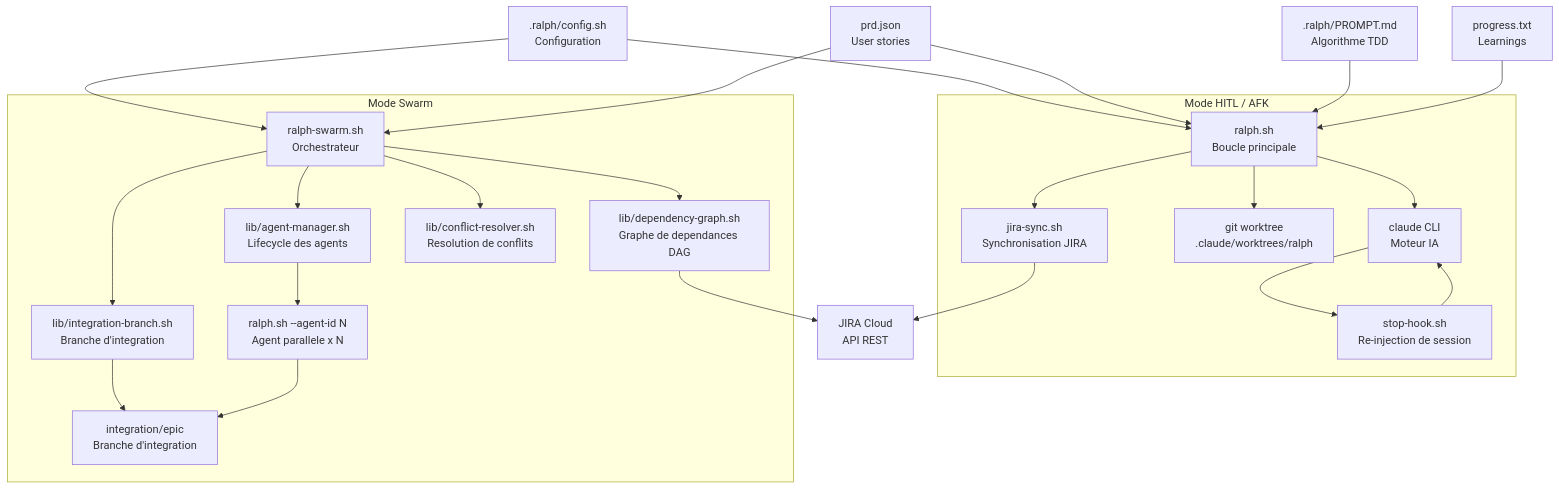
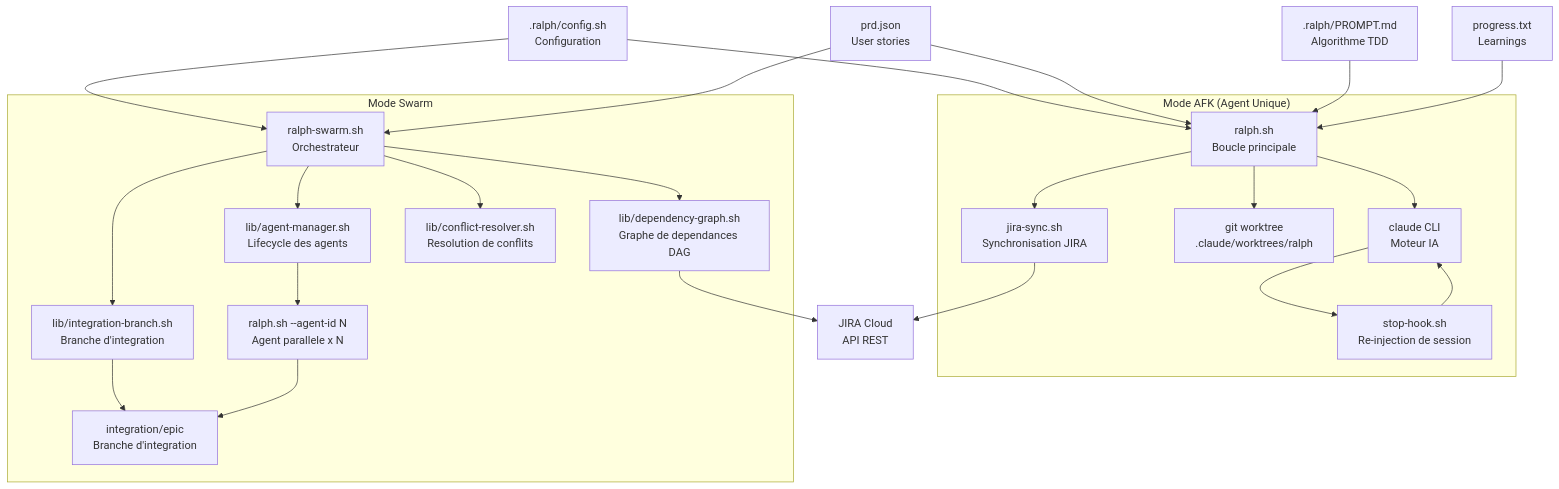
The first of 4 diagrams in .ralph/README.md (Dpothier/tabletop-workshop), drawn with Mermaid before and after one commit. The commit also changed other lines of this file and 2 other files, not shown here.

First line of the commit message:
refactor: remove HITL mode — Ralph is always autonomous (pipe mode)

````diff
--- a/.ralph/README.md
+++ b/.ralph/README.md
@@ -85,48 +85,48 @@
 ```mermaid
 graph TD
     PRD[prd.json<br/>User stories]
     CFG[.ralph/config.sh<br/>Configuration]
     PROMPT[.ralph/PROMPT.md<br/>Algorithme TDD]
     PROGRESS[progress.txt<br/>Learnings]
     JIRA[JIRA Cloud<br/>API REST]
 
-    subgraph "Mode HITL / AFK"
+    subgraph "Mode AFK (Agent Unique)"
         RALPH[ralph.sh<br/>Boucle principale]
         HOOK[stop-hook.sh<br/>Re-injection de session]
         CLAUDE_CLI[claude CLI<br/>Moteur IA]
         WORKTREE[git worktree<br/>.claude/worktrees/ralph]
         JIRASYNC[jira-sync.sh<br/>Synchronisation JIRA]
     end
 
     subgraph "Mode Swarm"
         SWARM[ralph-swarm.sh<br/>Orchestrateur]
         DEP[lib/dependency-graph.sh<br/>Graphe de dependances DAG]
         AGENTS[lib/agent-manager.sh<br/>Lifecycle des agents]
         INTEG[lib/integration-branch.sh<br/>Branche d'integration]
         RESOLVER[lib/conflict-resolver.sh<br/>Resolution de conflits]
         AGENT_N[ralph.sh --agent-id N<br/>Agent parallele x N]
         INT_BRANCH[integration/epic<br/>Branche d'integration]
     end
 
     CFG --> RALPH
     CFG --> SWARM
     PRD --> RALPH
     PRD --> SWARM
     PROMPT --> RALPH
     PROGRESS --> RALPH
     RALPH --> WORKTREE
     RALPH --> JIRASYNC
     JIRASYNC --> JIRA
     RALPH --> CLAUDE_CLI
     CLAUDE_CLI --> HOOK
     HOOK --> CLAUDE_CLI
 
     SWARM --> DEP
     SWARM --> AGENTS
     SWARM --> INTEG
     SWARM --> RESOLVER
     DEP --> JIRA
     AGENTS --> AGENT_N
     INTEG --> INT_BRANCH
     AGENT_N --> INT_BRANCH
 ```
````
